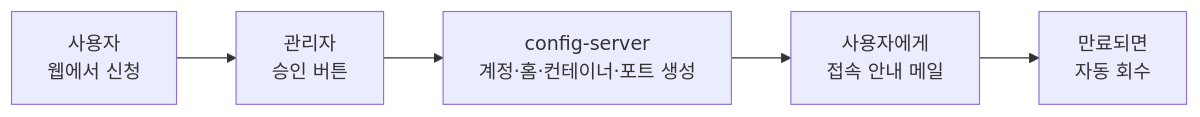
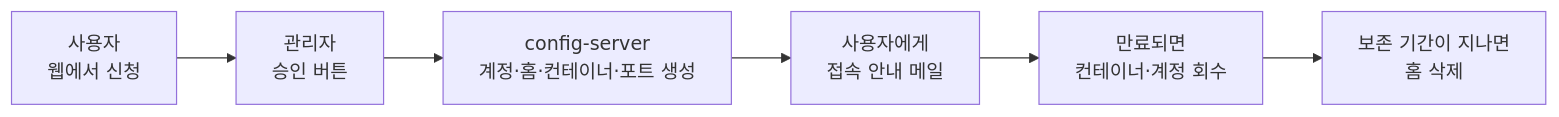
Before and after one commit to CSID-DGU/admin_wiki: the diagram in md/infra/개요.md, drawn with Mermaid. The commit also changed other lines of this file and 12 other files, not shown here.

````diff
--- a/md/infra/개요.md
+++ b/md/infra/개요.md
@@ -27,7 +36,8 @@
 ```mermaid
 flowchart LR
     A[사용자<br/>웹에서 신청] --> B[관리자<br/>승인 버튼]
     B --> C["config-server<br/>계정·홈·컨테이너·포트 생성"]
     C --> D[사용자에게<br/>접속 안내 메일]
-    D --> E[만료되면<br/>자동 회수]
+    D --> E[만료되면<br/>컨테이너·계정 회수]
+    E --> F[보존 기간이 지나면<br/>홈 삭제]
 ```
````
